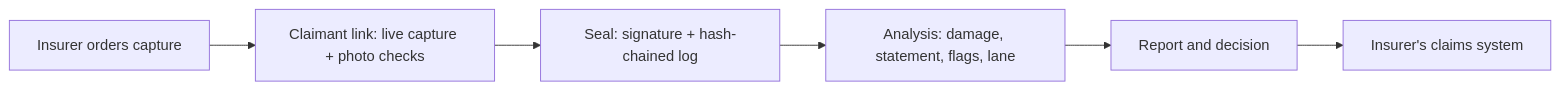
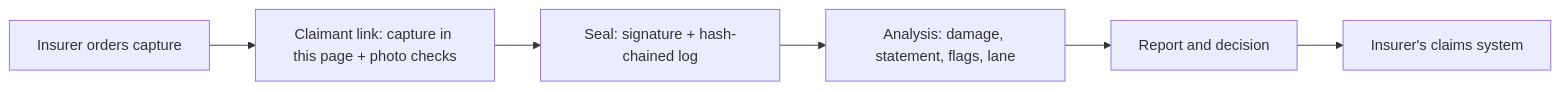
One commit to Julian-glitch-alt/evidence-capture changed the diagram in README.md. Above: the diagram before and after it, drawn with Mermaid. The commit also changed other lines of this file and 31 other files, not shown here.

````diff
--- a/README.md
+++ b/README.md
@@ -23,8 +23,8 @@
 ```mermaid
 flowchart LR
-    A[Insurer orders capture] --> B[Claimant link: live capture + photo checks]
+    A[Insurer orders capture] --> B[Claimant link: capture in this page + photo checks]
     B --> C[Seal: signature + hash-chained log]
     C --> D[Analysis: damage, statement, flags, lane]
     D --> E[Report and decision]
     E --> F[Insurer's claims system]
 ```
````
